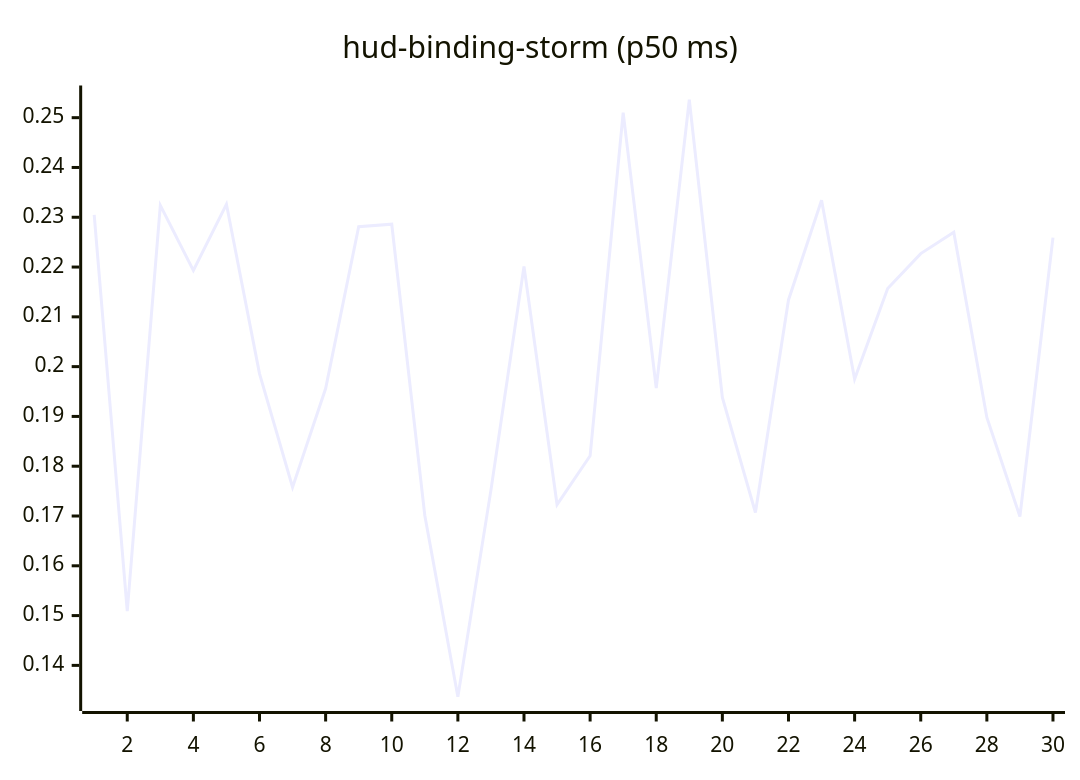
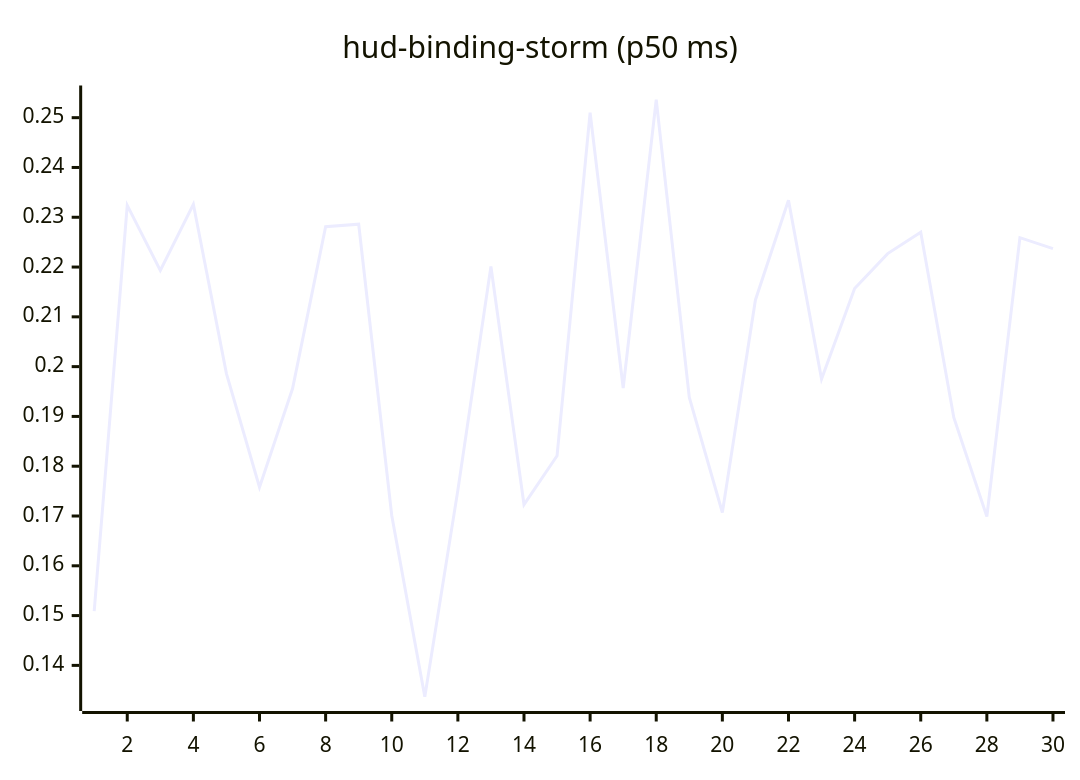
Before and after one commit to josha/Facet: the tenth of 27 diagrams in README.md, drawn with Mermaid. The commit also changed other lines of this file and 2 other files, not shown here.

````diff
--- a/README.md
+++ b/README.md
@@ -126,6 +126,6 @@
 ```mermaid
 xychart-beta
     title "hud-binding-storm (p50 ms)"
     x-axis 1 --> 30
-    line [0.2305, 0.1509, 0.2324, 0.2193, 0.2326, 0.1986, 0.1758, 0.1956, 0.2281, 0.2286, 0.1701, 0.1337, 0.1752, 0.2201, 0.1723, 0.1821, 0.2510, 0.1957, 0.2536, 0.1938, 0.1707, 0.2134, 0.2334, 0.1975, 0.2157, 0.2227, 0.2270, 0.1898, 0.1699, 0.2259]
+    line [0.1509, 0.2324, 0.2193, 0.2326, 0.1986, 0.1758, 0.1956, 0.2281, 0.2286, 0.1701, 0.1337, 0.1752, 0.2201, 0.1723, 0.1821, 0.2510, 0.1957, 0.2536, 0.1938, 0.1707, 0.2134, 0.2334, 0.1975, 0.2157, 0.2227, 0.2270, 0.1898, 0.1699, 0.2259, 0.2237]
 ```
````
